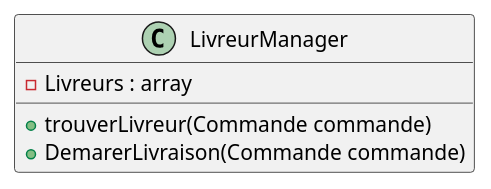
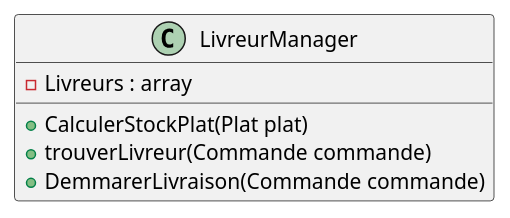
Before and after one commit to laurasullyalexandrine/expressfood: the diagram in Class/LivreurManager.puml, drawn with PlantUML. The commit also changed 3 other files, not shown here.

```diff
--- a/Class/LivreurManager.puml
+++ b/Class/LivreurManager.puml
@@ -1,10 +1,11 @@
 @startuml LivreurManager
 
 Class LivreurManager {
     - Livreurs : array
 
+    + CalculerStockPlat(Plat plat)
     + trouverLivreur(Commande commande)
-    + DemarerLivraison(Commande commande)
+    + DemmarerLivraison(Commande commande)
 }
 
 @enduml
```
